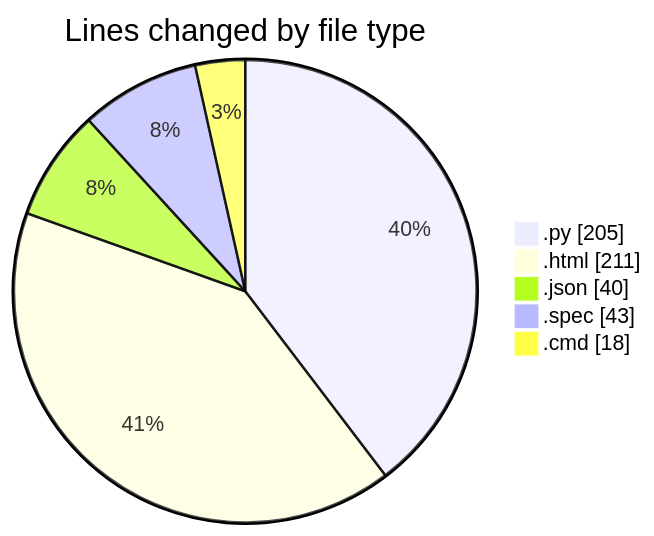
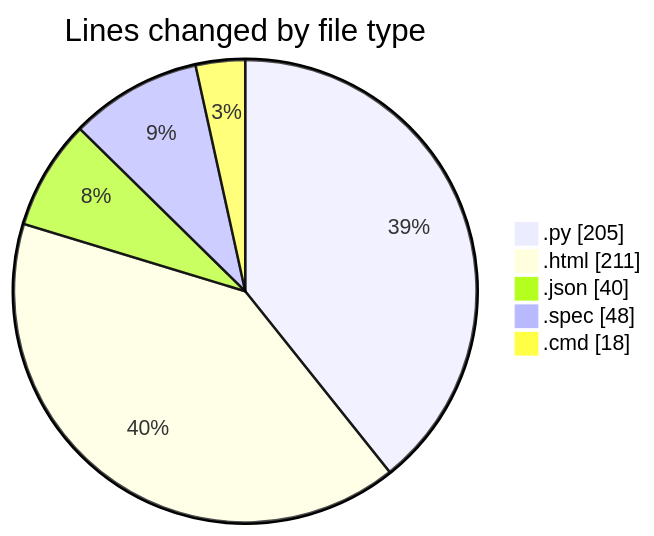
The first of 2 diagrams in 2025-07-12/cursor/README.md (FelipKnott/code-tracking), drawn with Mermaid before and after one commit. The commit also changed other lines of this file and 1 other file, not shown here.

````diff
--- a/2025-07-12/cursor/README.md
+++ b/2025-07-12/cursor/README.md
@@ -25,9 +25,9 @@
 ```mermaid
 pie showData
 title Lines changed by file type
 ".py" : 205
 ".html" : 211
 ".json" : 40
-".spec" : 43
+".spec" : 48
 ".cmd" : 18
 ```
````
